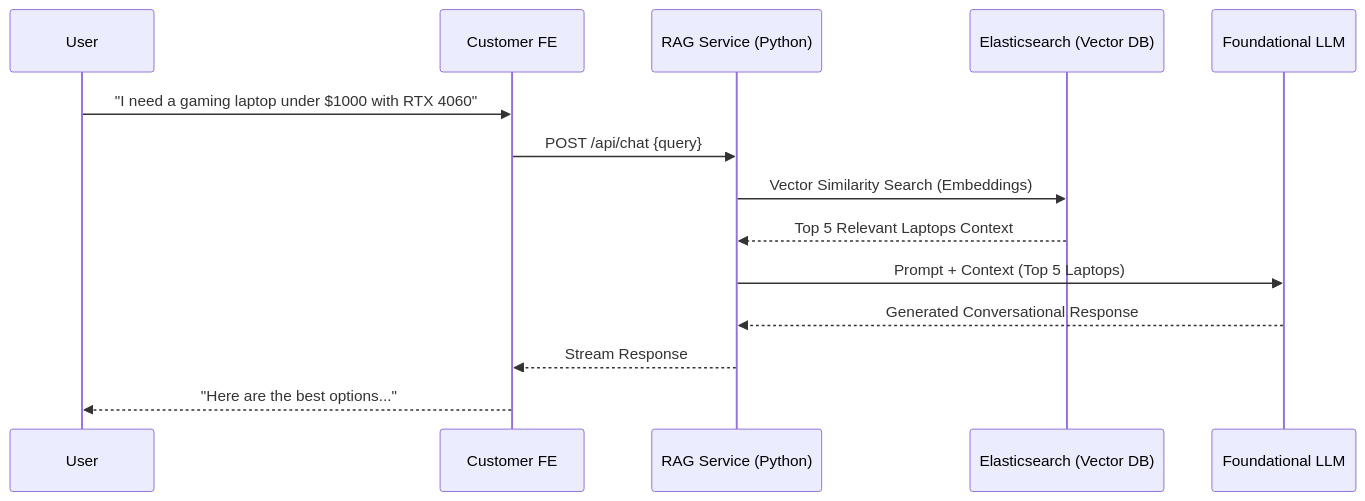
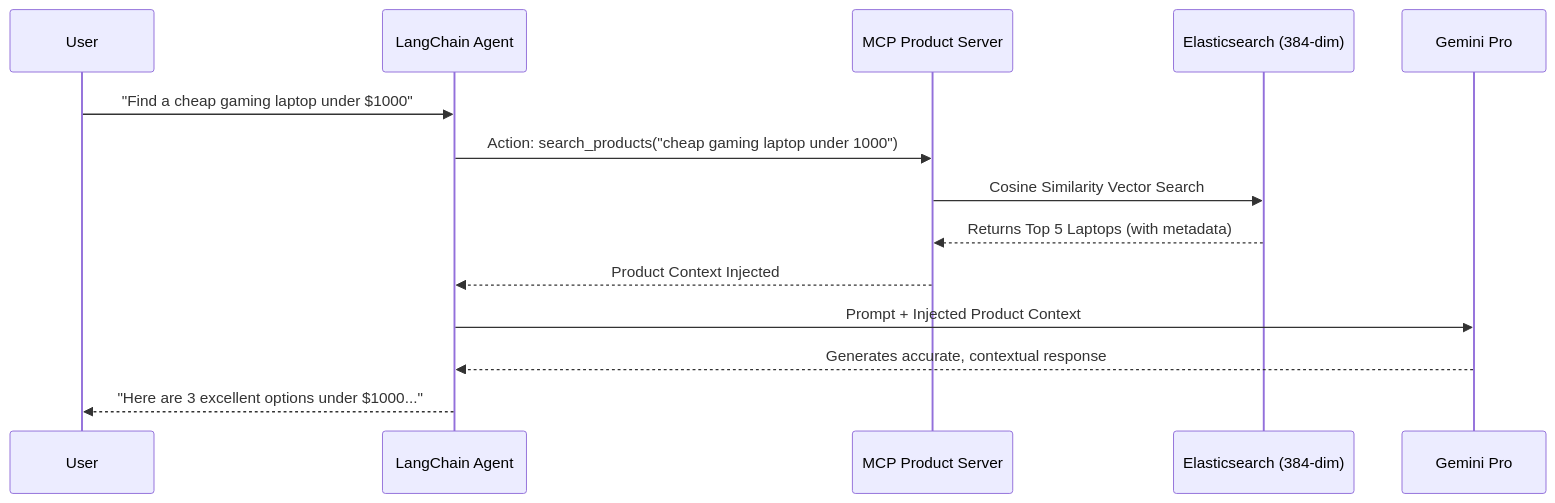
The fourth of 6 diagrams in README.md (chuong1210/VShop), drawn with Mermaid before and after one commit. The commit also changed other lines of this file and 1 other file, not shown here.

````diff
--- a/README.md
+++ b/README.md
@@ -149,17 +169,17 @@
 ```mermaid
 sequenceDiagram
     participant User
-    participant NextJS as Customer FE
-    participant RAG as RAG Service (Python)
-    participant ES as Elasticsearch (Vector DB)
-    participant LLM as Foundational LLM
-
-    User->>NextJS: "I need a gaming laptop under $1000 with RTX 4060"
-    NextJS->>RAG: POST /api/chat {query}
-    RAG->>ES: Vector Similarity Search (Embeddings)
-    ES-->>RAG: Top 5 Relevant Laptops Context
-    RAG->>LLM: Prompt + Context (Top 5 Laptops)
-    LLM-->>RAG: Generated Conversational Response
-    RAG-->>NextJS: Stream Response
-    NextJS-->>User: "Here are the best options..."
+    participant Agent as LangChain Agent
+    participant MCP as MCP Product Server
+    participant ES as Elasticsearch (384-dim)
+    participant LLM as Gemini Pro
+    
+    User->>Agent: "Find a cheap gaming laptop under $1000"
+    Agent->>MCP: Action: search_products("cheap gaming laptop under 1000")
+    MCP->>ES: Cosine Similarity Vector Search
+    ES-->>MCP: Returns Top 5 Laptops (with metadata)
+    MCP-->>Agent: Product Context Injected
+    Agent->>LLM: Prompt + Injected Product Context
+    LLM-->>Agent: Generates accurate, contextual response
+    Agent-->>User: "Here are 3 excellent options under $1000..."
 ```
````
